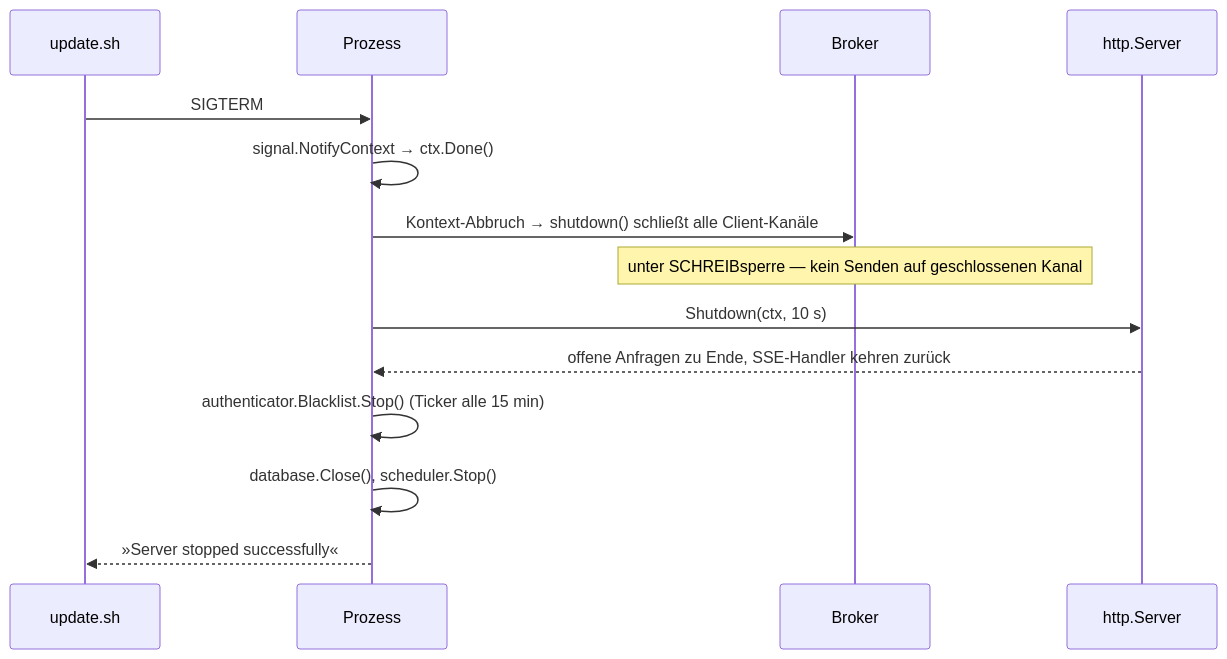
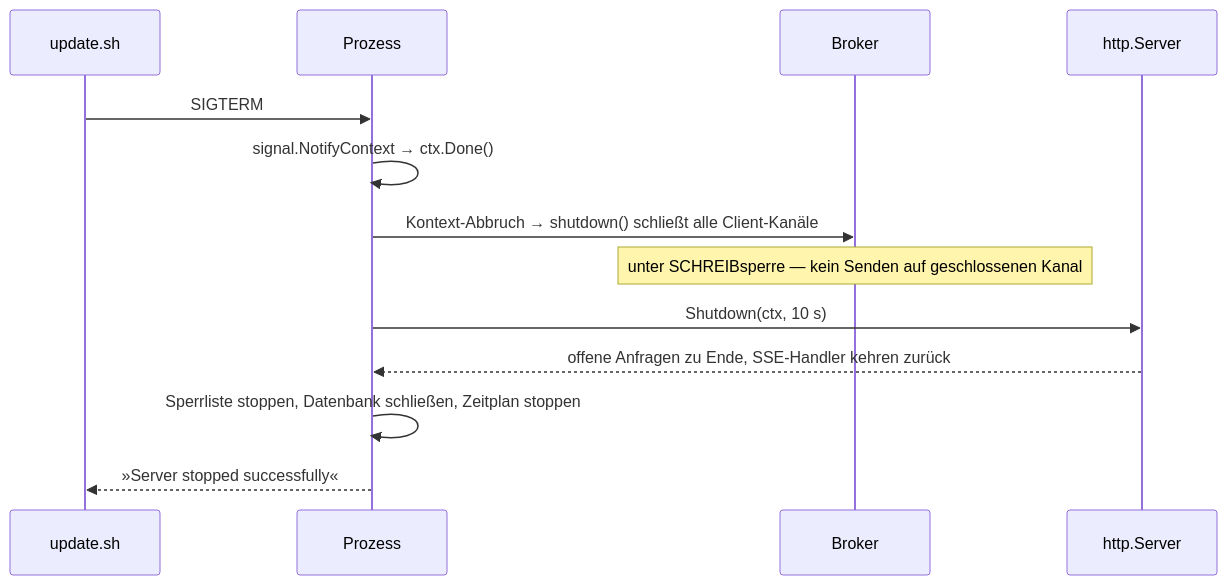
One commit to uuuxy/bibliothek changed the fifth of 5 diagrams in docs/ARCHITEKTUR.md. Above: the diagram before and after it, drawn with Mermaid. The commit also changed other lines of this file and 1 other file, not shown here.

````diff
--- a/docs/ARCHITEKTUR.md
+++ b/docs/ARCHITEKTUR.md
@@ -1543,17 +1020,16 @@
 ```mermaid
 sequenceDiagram
     participant OP as update.sh
     participant P as Prozess
     participant SSE as Broker
     participant HTTP as http.Server
 
     OP->>P: SIGTERM
     P->>P: signal.NotifyContext → ctx.Done()
     P->>SSE: Kontext-Abbruch → shutdown() schließt alle Client-Kanäle
     Note over SSE: unter SCHREIBsperre — kein Senden auf geschlossenen Kanal
     P->>HTTP: Shutdown(ctx, 10 s)
     HTTP-->>P: offene Anfragen zu Ende, SSE-Handler kehren zurück
-    P->>P: authenticator.Blacklist.Stop() (Ticker alle 15 min)
-    P->>P: database.Close(), scheduler.Stop()
+    P->>P: Sperrliste stoppen, Datenbank schließen, Zeitplan stoppen
     P-->>OP: »Server stopped successfully«
 ```
````
